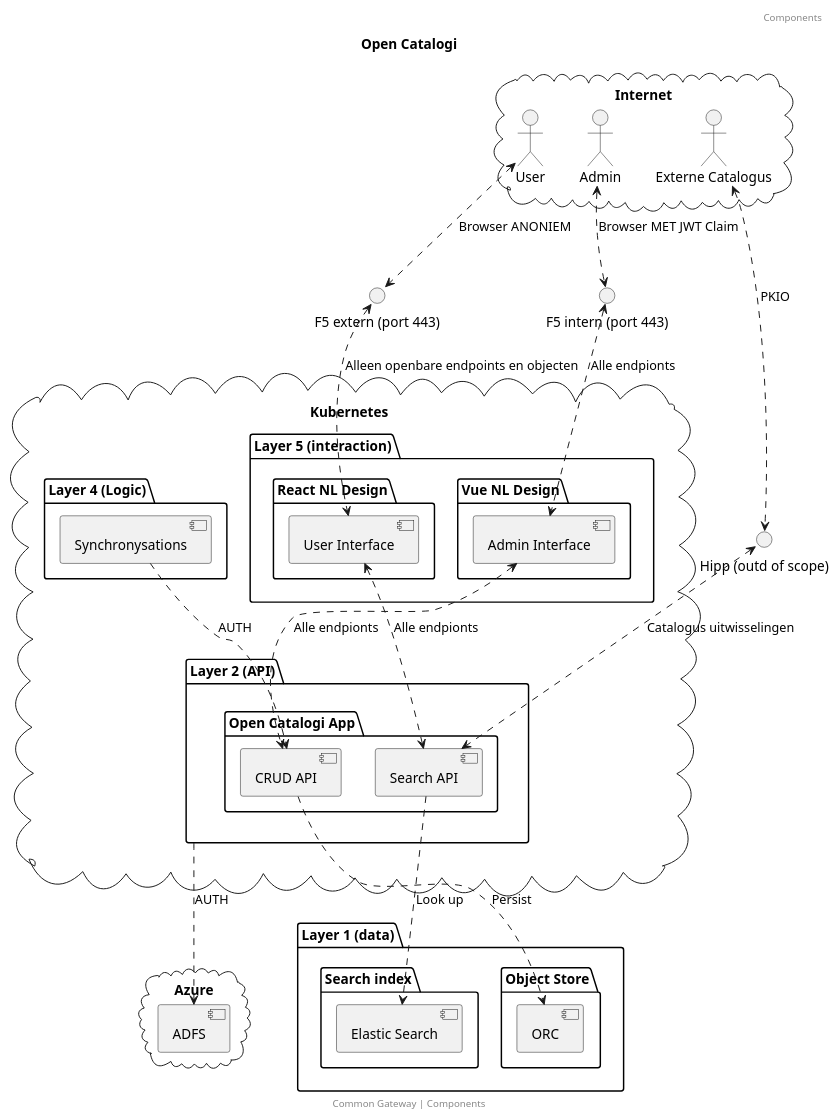
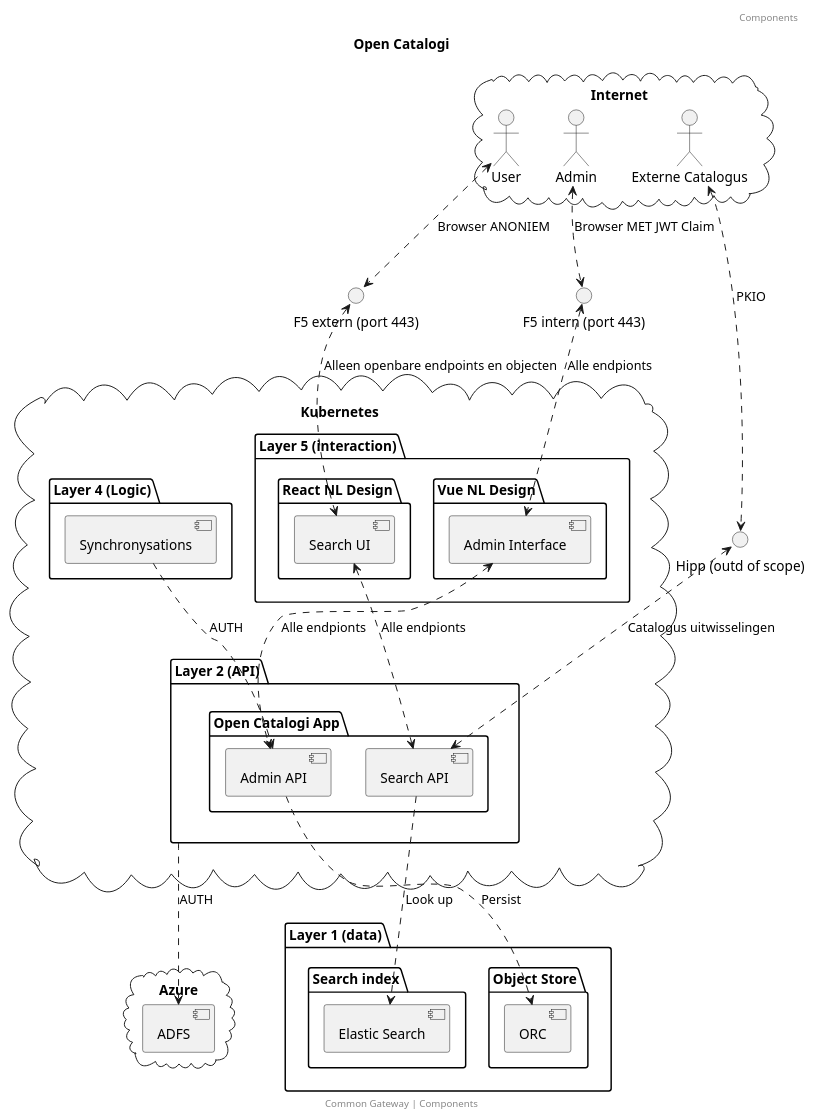
One commit to OpenCatalogi/.github changed the diagram in docs/handleidingen/componenten.puml. Above: the diagram before and after it, drawn with PlantUML. The commit also changed 1 other file, not shown here.

```diff
--- a/docs/handleidingen/componenten.puml
+++ b/docs/handleidingen/componenten.puml
@@ -1,80 +1,80 @@
 @startuml
 title: Open Catalogi
 footer: Common Gateway | Components
 header: Components
 
 interface "F5 extern (port 443)" as f5extern
 interface "F5 intern (port 443)" as f5intern
 
 interface "Hipp (outd of scope)" as hipp
 
 cloud "Azure"{
  [ADFS]  as identity
 }
 
 cloud "Internet"{
 actor "User" as user
 actor "Admin" as adminUser
 actor "Externe Catalogus" as externalCatalouge
 
 }
 
 
 cloud "Kubernetes"{
 
 package "Layer 5 (interaction)" {
 package "React NL Design" {
- [User Interface]  as ui
+ [Search UI]  as ui
 }
 
 package "Vue NL Design" {
  [Admin Interface]  as admin
 }
 }
 
 
 package "Layer 4 (Logic)" as layer4 {
  [Synchronysations]  as service
 }
 
 
 package "Layer 2 (API)" as layer2 {
 
 
 package "Open Catalogi App" {
  [Search API] as SearchAPI
- [CRUD API] as ObjectsAPI
+ [Admin API] as ObjectsAPI
 }
 
 
 }
 
 }
 
 package "Layer 1 (data)" {
 
 package "Search index" {
  [Elastic Search]  as search
 }
 
 package "Object Store" {
  [ORC]  as db
 }
 }
 
 externalCatalouge <..> hipp: PKIO
 hipp <..> SearchAPI: Catalogus uitwisselingen
 
 
 user <..> f5extern: Browser ANONIEM
 adminUser <..> f5intern : Browser MET JWT Claim
 f5extern <..> ui: Alleen openbare endpoints en objecten
 f5intern <..> admin: Alle endpionts
 ui <..> SearchAPI: Alle endpionts
 admin <..> ObjectsAPI: Alle endpionts
 ObjectsAPI  .down.> db: Persist
 SearchAPI  .down.> search: Look up
 layer2 .down.> identity: AUTH
 service .down.> ObjectsAPI: AUTH
 
 @enduml
```
